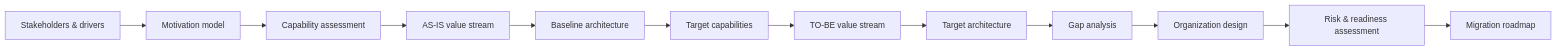
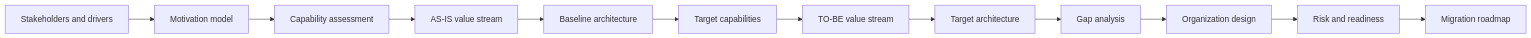
The first of 8 diagrams in README.md (NesmachnyDN/cloud-development-platform-architecture), drawn with Mermaid before and after one commit. The commit also changed other lines of this file and 7 other files, not shown here.

First line of the commit message:
Add curated enterprise architecture case study

````diff
--- a/README.md
+++ b/README.md
@@ -26,14 +26,14 @@
 ```mermaid
 flowchart LR
-    A[Stakeholders & drivers] --> B[Motivation model]
+    A[Stakeholders and drivers] --> B[Motivation model]
     B --> C[Capability assessment]
     C --> D[AS-IS value stream]
     D --> E[Baseline architecture]
     E --> F[Target capabilities]
     F --> G[TO-BE value stream]
     G --> H[Target architecture]
     H --> I[Gap analysis]
     I --> J[Organization design]
-    J --> K[Risk & readiness assessment]
+    J --> K[Risk and readiness]
     K --> L[Migration roadmap]
 ```
````
